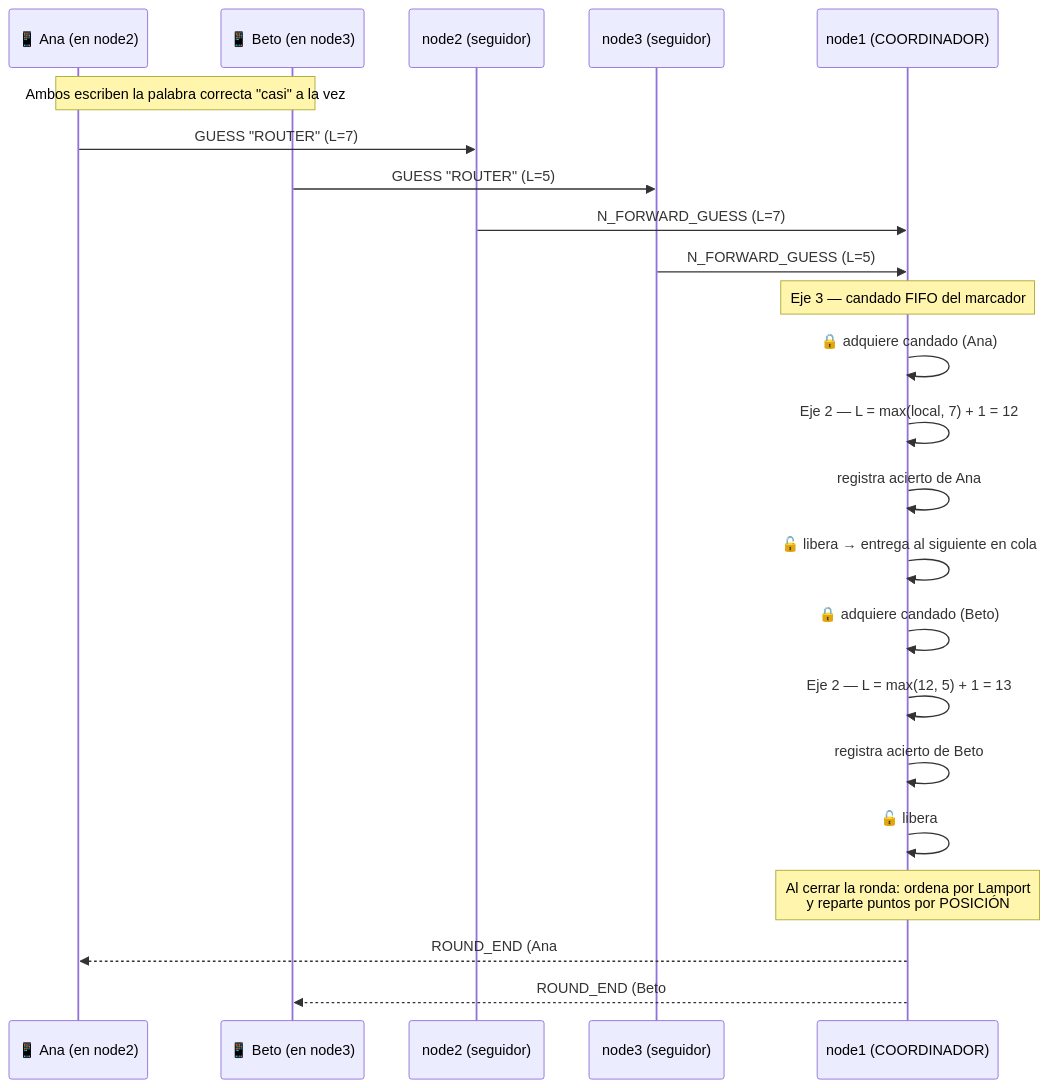
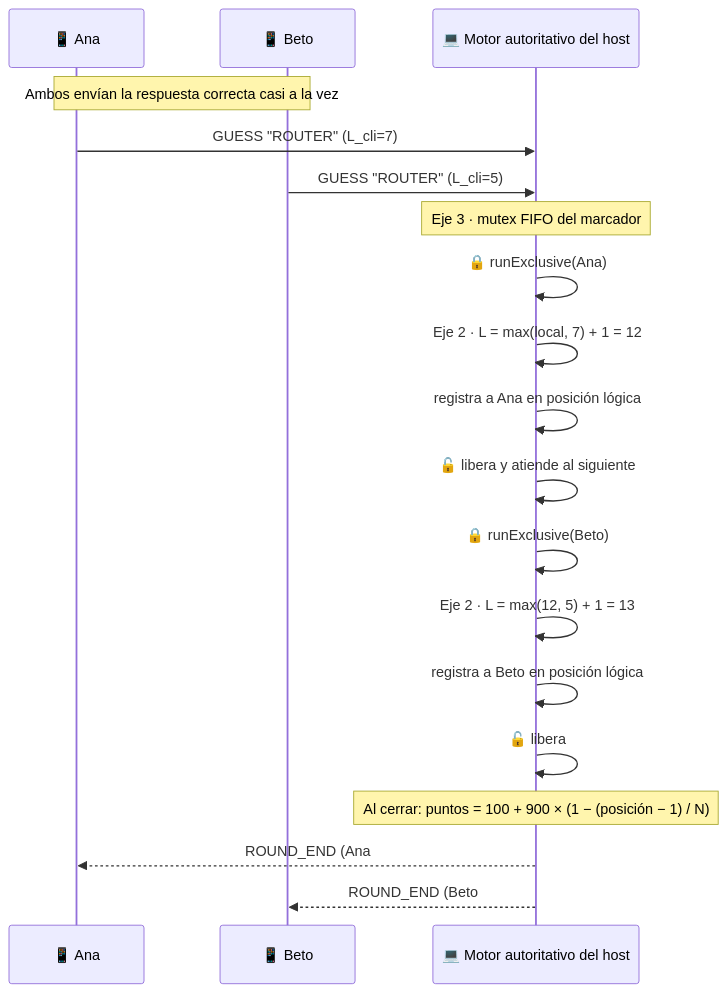
One commit to acampanaa/silunet changed the second of 4 diagrams in README.md. Above: the diagram before and after it, drawn with Mermaid. The commit also changed other lines of this file and 22 other files, not shown here.

````diff
--- a/README.md
+++ b/README.md
@@ -177,30 +184,25 @@
 ```mermaid
 sequenceDiagram
-    participant A as 📱 Ana (en node2)
-    participant B as 📱 Beto (en node3)
-    participant S2 as node2 (seguidor)
-    participant S3 as node3 (seguidor)
-    participant C as node1 (COORDINADOR)
+    participant A as 📱 Ana
+    participant B as 📱 Beto
+    participant H as 💻 Motor autoritativo del host
 
-    Note over A,B: Ambos escriben la palabra correcta "casi" a la vez
+    Note over A,B: Ambos envían la respuesta correcta casi a la vez
+    A->>H: GUESS "ROUTER" (L_cli=7)
+    B->>H: GUESS "ROUTER" (L_cli=5)
 
-    A->>S2: GUESS "ROUTER" (L=7)
-    B->>S3: GUESS "ROUTER" (L=5)
-    S2->>C: N_FORWARD_GUESS (L=7)
-    S3->>C: N_FORWARD_GUESS (L=5)
+    Note over H: Eje 3 · mutex FIFO del marcador
+    H->>H: 🔒 runExclusive(Ana)
+    H->>H: Eje 2 · L = max(local, 7) + 1 = 12
+    H->>H: registra a Ana en posición lógica #1
+    H->>H: 🔓 libera y atiende al siguiente
 
-    Note over C: Eje 3 — candado FIFO del marcador
-    C->>C: 🔒 adquiere candado (Ana)
-    C->>C: Eje 2 — L = max(local, 7) + 1 = 12
-    C->>C: registra acierto de Ana
-    C->>C: 🔓 libera → entrega al siguiente en cola
+    H->>H: 🔒 runExclusive(Beto)
+    H->>H: Eje 2 · L = max(12, 5) + 1 = 13
+    H->>H: registra a Beto en posición lógica #2
+    H->>H: 🔓 libera
 
-    C->>C: 🔒 adquiere candado (Beto)
-    C->>C: Eje 2 — L = max(12, 5) + 1 = 13
-    C->>C: registra acierto de Beto
-    C->>C: 🔓 libera
-
-    Note over C: Al cerrar la ronda: ordena por Lamport<br/>y reparte puntos por POSICIÓN
-    C-->>A: ROUND_END (Ana #1 → 1000 pts, L=12)
-    C-->>B: ROUND_END (Beto #2 → 100 pts, L=13)
+    Note over H: Al cerrar: puntos = 100 + 900 × (1 − (posición − 1) / N)
+    H-->>A: ROUND_END (Ana #1 → 1000 pts, L=12)
+    H-->>B: ROUND_END (Beto #2 → 550 pts, L=13)
 ```
````
